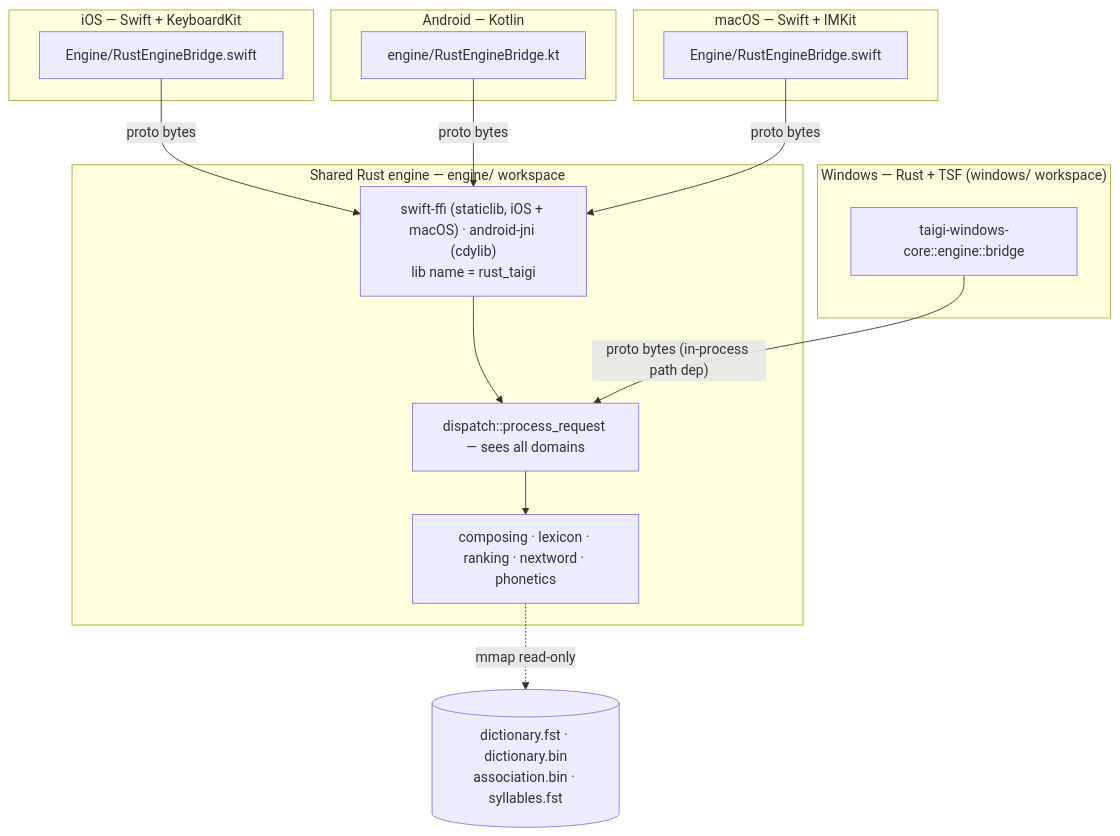
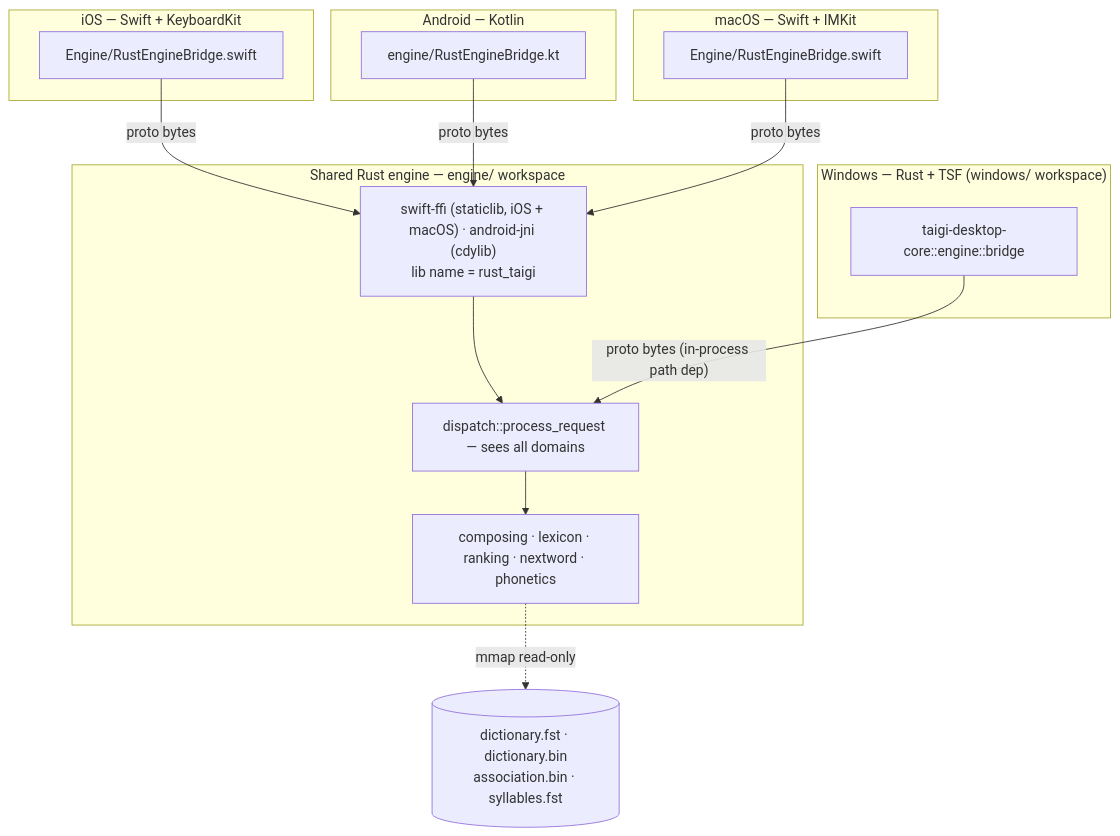
The first of 4 diagrams in docs/architecture/system-overview.md (yapinxxx/taigikeyboard), drawn with Mermaid before and after one commit. The commit also changed other lines of this file and 154 other files, not shown here.

````diff
--- a/docs/architecture/system-overview.md
+++ b/docs/architecture/system-overview.md
@@ -20,28 +20,28 @@
 ```mermaid
 graph TB
     subgraph iOS["iOS — Swift + KeyboardKit"]
         iosBridge["Engine/RustEngineBridge.swift"]
     end
     subgraph Android["Android — Kotlin"]
         andBridge["engine/RustEngineBridge.kt"]
     end
     subgraph macOS["macOS — Swift + IMKit"]
         macBridge["Engine/RustEngineBridge.swift"]
     end
     subgraph Windows["Windows — Rust + TSF (windows/ workspace)"]
-        winBridge["taigi-windows-core::engine::bridge"]
+        winBridge["taigi-desktop-core::engine::bridge"]
     end
     subgraph Engine["Shared Rust engine — engine/ workspace"]
         ffi["swift-ffi (staticlib, iOS + macOS) · android-jni (cdylib)<br/>lib name = rust_taigi"]
         dispatch["dispatch::process_request — sees all domains"]
         domains["composing · lexicon · ranking · nextword · phonetics"]
         ffi --> dispatch --> domains
     end
     artifacts[("dictionary.fst · dictionary.bin<br/>association.bin · syllables.fst")]
 
     iosBridge -->|proto bytes| ffi
     andBridge -->|proto bytes| ffi
     macBridge -->|proto bytes| ffi
     winBridge -->|"proto bytes (in-process path dep)"| dispatch
     domains -. mmap read-only .-> artifacts
 ```
````
